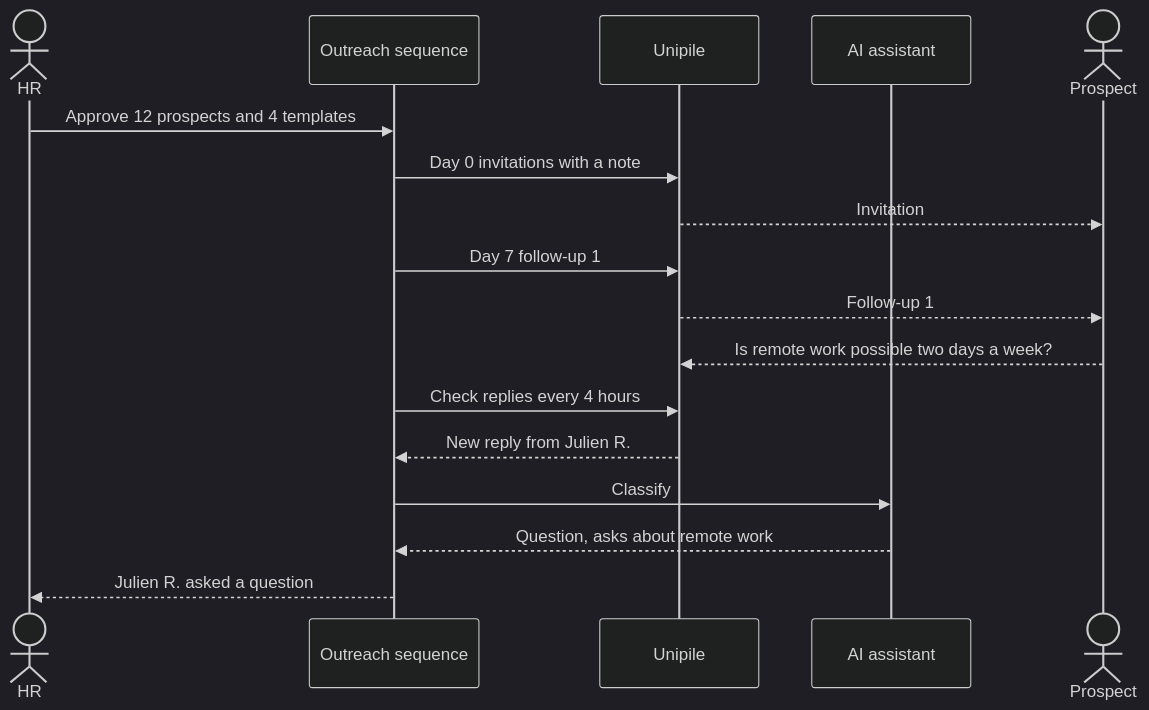
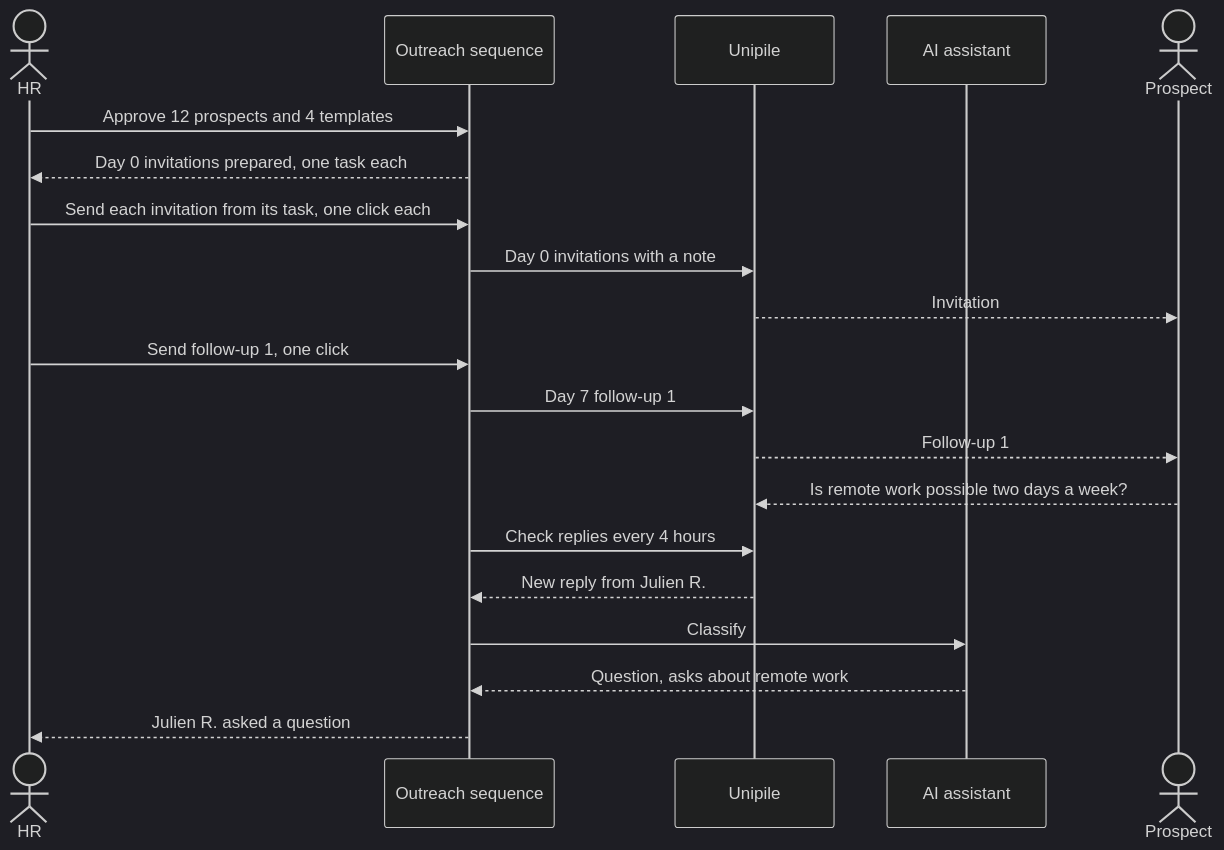
One commit to gpbcom/SimpleERP changed the diagram in docs/specs/02-functional/f09-hr-and-projects/use-cases/02-recruit/uc-f09-41-run-a-linkedin-outreach-sequence.md. Above: the diagram before and after it, drawn with Mermaid (dark theme). The commit also changed other lines of this file and 8816 other files, not shown here.

````diff
--- a/docs/specs/02-functional/f09-hr-and-projects/use-cases/02-recruit/uc-f09-41-run-a-linkedin-outreach-sequence.md
+++ b/docs/specs/02-functional/f09-hr-and-projects/use-cases/02-recruit/uc-f09-41-run-a-linkedin-outreach-sequence.md
@@ -156,19 +201,22 @@
 ```mermaid
 sequenceDiagram
   actor H as HR
   participant Q as Outreach sequence
   participant U as Unipile
   participant A as AI assistant
   actor P as Prospect
   H->>Q: Approve 12 prospects and 4 templates
+  Q-->>H: Day 0 invitations prepared, one task each
+  H->>Q: Send each invitation from its task, one click each
   Q->>U: Day 0 invitations with a note
   U-->>P: Invitation
+  H->>Q: Send follow-up 1, one click
   Q->>U: Day 7 follow-up 1
   U-->>P: Follow-up 1
   P-->>U: Is remote work possible two days a week?
   Q->>U: Check replies every 4 hours
   U-->>Q: New reply from Julien R.
   Q->>A: Classify
   A-->>Q: Question, asks about remote work
   Q-->>H: Julien R. asked a question
 ```
````
